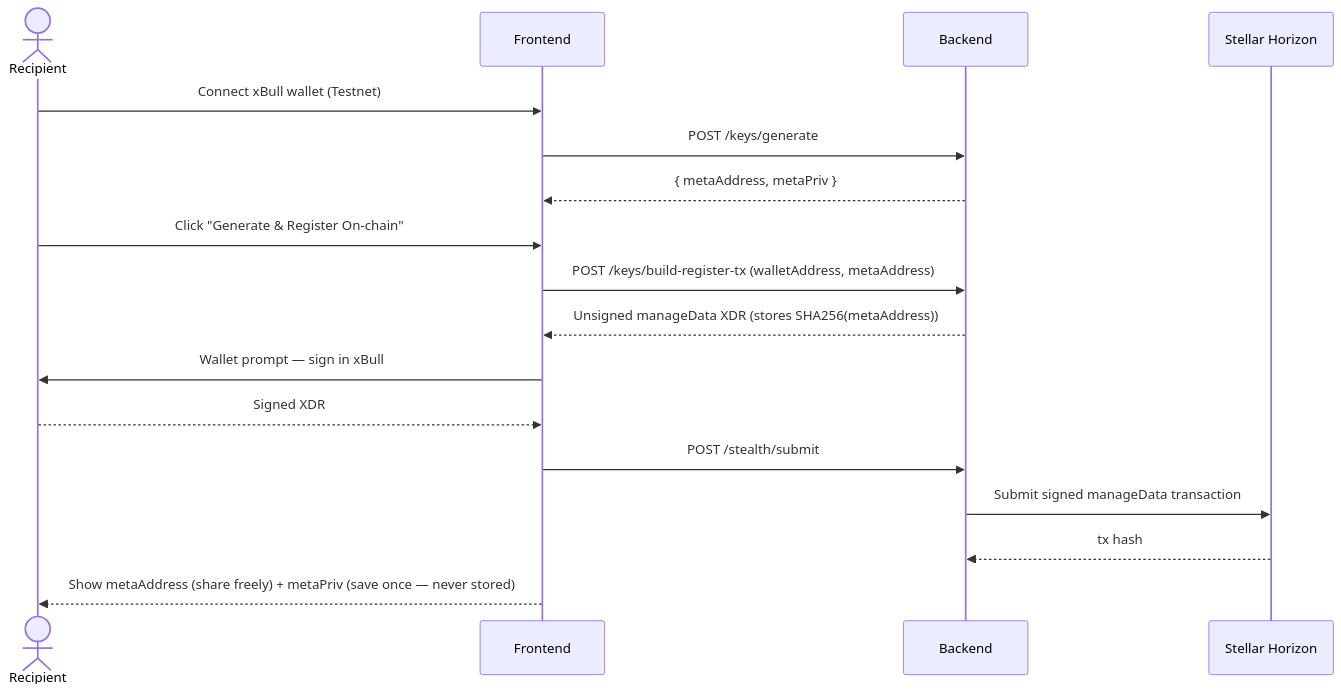
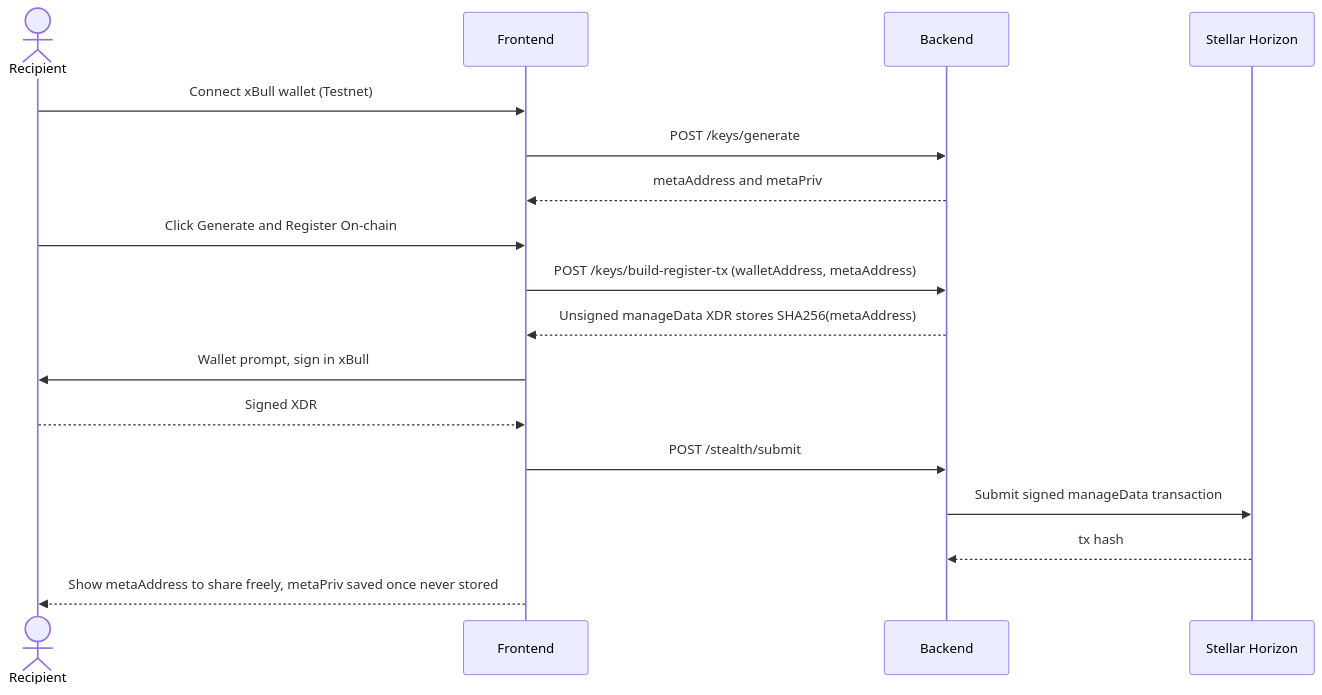
One commit to theyuvan/StealthPay changed the first of 3 diagrams in README.md. Above: the diagram before and after it, drawn with Mermaid. The commit also changed other lines of this file, not shown here.

Commit message:
Fix mermaid parse errors: remove Unicode arrows and curly braces from diagram labels

````diff
--- a/README.md
+++ b/README.md
@@ -385,24 +385,24 @@
 ```mermaid
 sequenceDiagram
     actor Recipient
     participant Frontend
     participant Backend
     participant Horizon as Stellar Horizon
 
     Recipient->>Frontend: Connect xBull wallet (Testnet)
     Frontend->>Backend: POST /keys/generate
-    Backend-->>Frontend: { metaAddress, metaPriv }
+    Backend-->>Frontend: metaAddress and metaPriv
 
-    Recipient->>Frontend: Click "Generate & Register On-chain"
+    Recipient->>Frontend: Click Generate and Register On-chain
     Frontend->>Backend: POST /keys/build-register-tx (walletAddress, metaAddress)
-    Backend-->>Frontend: Unsigned manageData XDR (stores SHA256(metaAddress))
+    Backend-->>Frontend: Unsigned manageData XDR stores SHA256(metaAddress)
 
-    Frontend->>Recipient: Wallet prompt — sign in xBull
+    Frontend->>Recipient: Wallet prompt, sign in xBull
     Recipient-->>Frontend: Signed XDR
 
     Frontend->>Backend: POST /stealth/submit
     Backend->>Horizon: Submit signed manageData transaction
     Horizon-->>Backend: tx hash
 
-    Frontend-->>Recipient: Show metaAddress (share freely) + metaPriv (save once — never stored)
+    Frontend-->>Recipient: Show metaAddress to share freely, metaPriv saved once never stored
 ```
````
